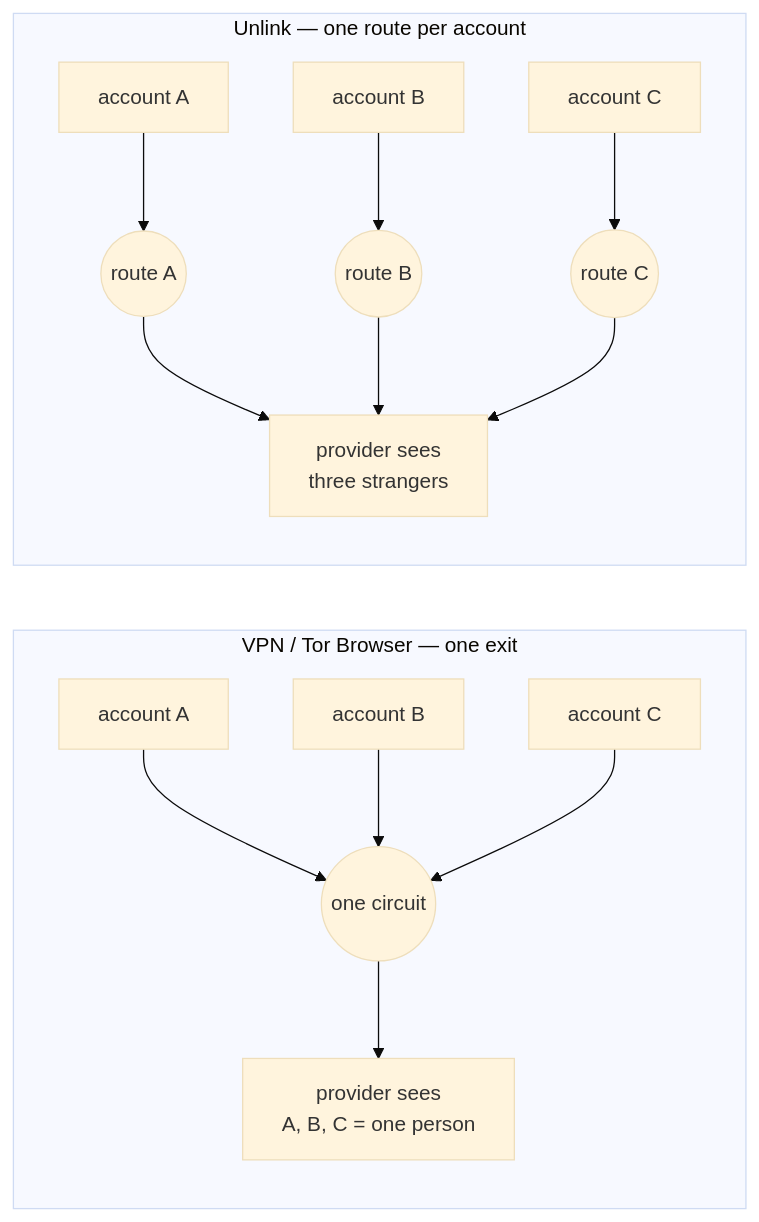
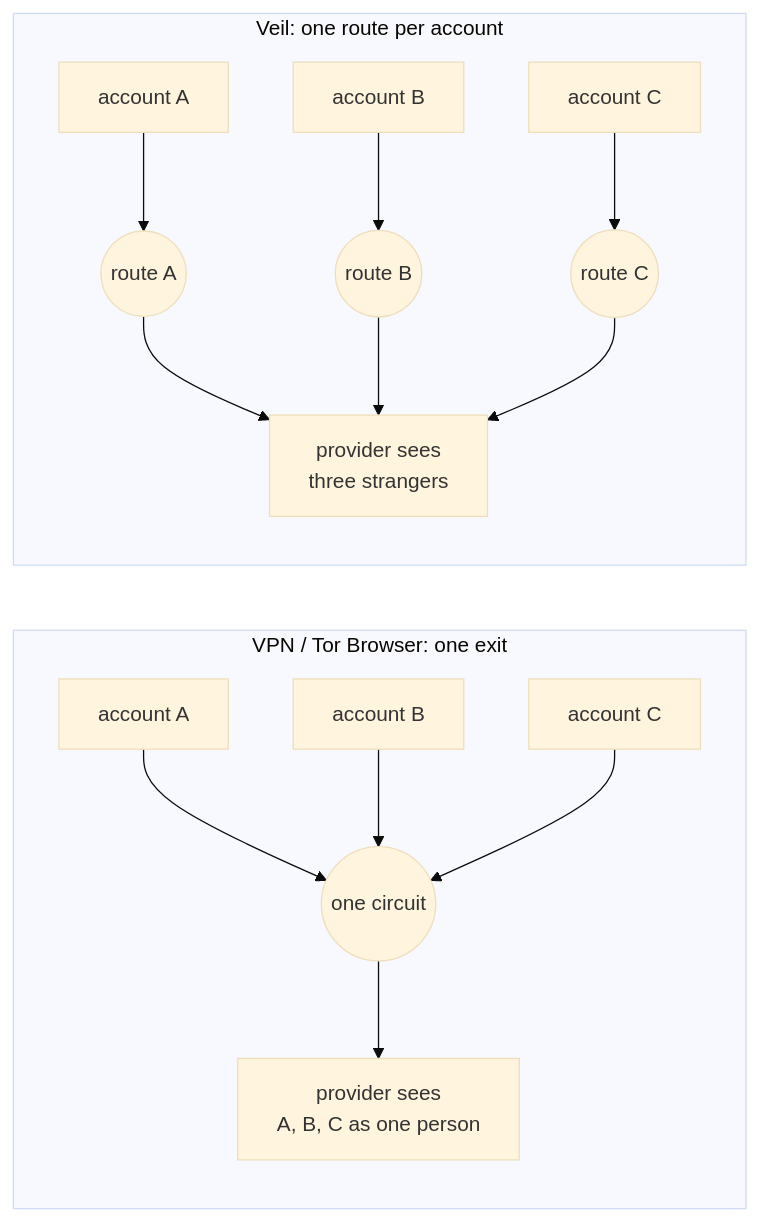
One commit to Aman035/veil changed the first of 3 diagrams in README.md. Above: the diagram before and after it, drawn with Mermaid (base theme). The commit also changed other lines of this file and 40 other files, not shown here.

Commit message:
chore: rename project to Veil; restructured README with diagrams and CROPS; add MIT LICENSE

````diff
--- a/README.md
+++ b/README.md
@@ -27,14 +32,14 @@
 ```mermaid
 flowchart LR
-  subgraph one["VPN / Tor Browser — one exit"]
+  subgraph one["VPN / Tor Browser: one exit"]
     a1["account A"] --> T(("one circuit"))
     b1["account B"] --> T
     c1["account C"] --> T
-    T --> P1["provider sees<br/>A, B, C = one person"]
+    T --> P1["provider sees<br/>A, B, C as one person"]
   end
-  subgraph ul["Unlink — one route per account"]
+  subgraph veil["Veil: one route per account"]
     a2["account A"] --> X1(("route A")) --> P2["provider sees<br/>three strangers"]
     b2["account B"] --> X2(("route B")) --> P2
     c2["account C"] --> X3(("route C")) --> P2
   end
 ```
````
